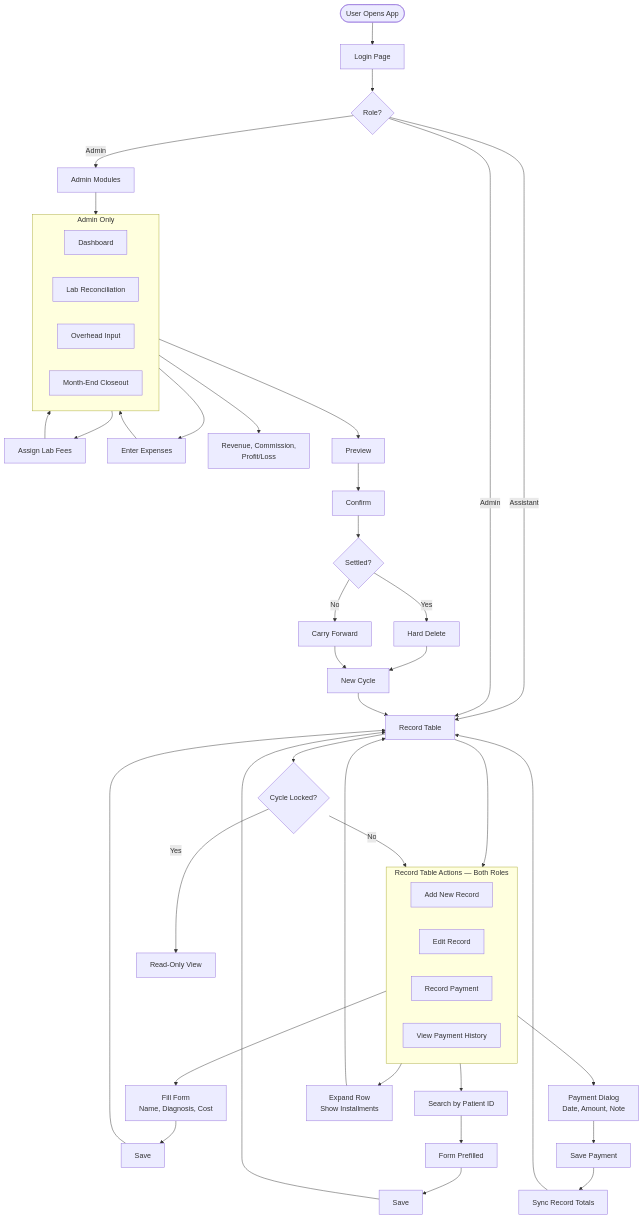
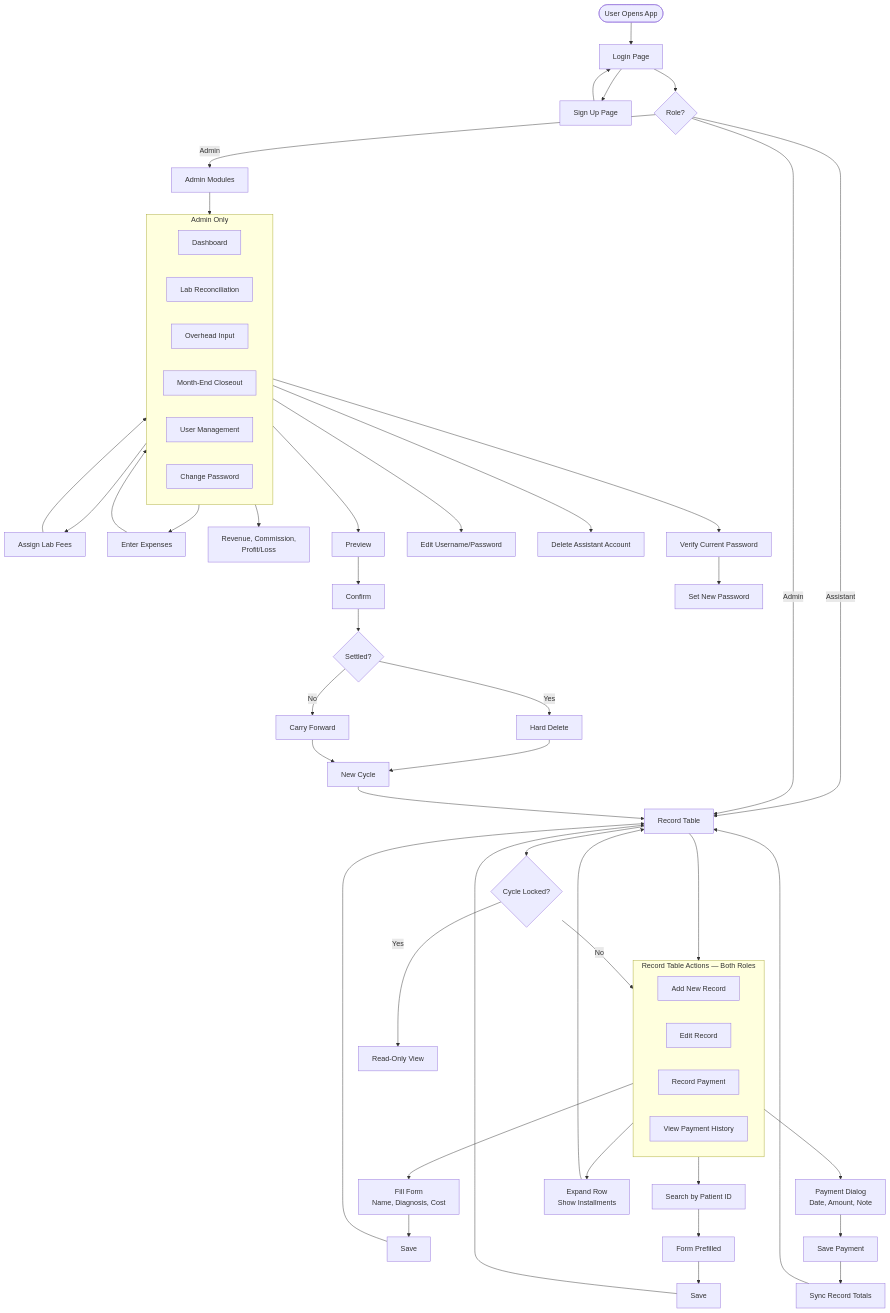
One commit to kaungmyatshwe1397/df-dashboard changed the diagram in docs/dc-fms-user-flow.mermaid. Above: the diagram before and after it, drawn with Mermaid. The commit also changed 25 other files, not shown here.

First line of the commit message:
feat: implement user management features including user edit, delete, and password change dialogs

```diff
--- a/docs/dc-fms-user-flow.mermaid
+++ b/docs/dc-fms-user-flow.mermaid
@@ -1,63 +1,72 @@
 flowchart TD
     Start([User Opens App]) --> Login[Login Page]
+    Login --> Signup[Sign Up Page]
+    Signup --> Login
+
     Login --> Role{Role?}
 
     %% ==============================
     %% SHARED: RECORD TABLE
     %% ==============================
     Role -->|Assistant| Table[Record Table]
     Role -->|Admin| Table
 
     subgraph RecordActions [Record Table Actions — Both Roles]
         direction LR
         Add[Add New Record]
         Edit[Edit Record]
         Pay[Record Payment]
         History[View Payment History]
     end
 
     Table --> RecordActions
 
     Add --> Form[Fill Form\nName, Diagnosis, Cost]
     Form --> Save1[Save] --> Table
 
     Edit --> Lookup[Search by Patient ID]
     Lookup --> Prefill[Form Prefilled] --> Save2[Save] --> Table
 
     Pay --> Dialog[Payment Dialog\nDate, Amount, Note]
     Dialog --> Save3[Save Payment]
     Save3 --> Sync[Sync Record Totals]
     Sync --> Table
 
     History --> Expand[Expand Row\nShow Installments] --> Table
 
     Table --> Lock{Cycle Locked?}
     Lock -->|No| RecordActions
     Lock -->|Yes| ReadOnly[Read-Only View]
 
     %% ==============================
     %% ADMIN ONLY: EXTRA MODULES
     %% ==============================
     Role -->|Admin| AdminModules[Admin Modules]
 
     subgraph AdminOnly [Admin Only]
         direction LR
         Dashboard[Dashboard]
         LabRecon[Lab Reconciliation]
         Overhead[Overhead Input]
         Closeout[Month-End Closeout]
+        UserMgmt[User Management]
+        ChangePw[Change Password]
     end
 
     AdminModules --> AdminOnly
 
     LabRecon --> Fees[Assign Lab Fees] --> Dashboard
     Overhead --> Expenses[Enter Expenses] --> Dashboard
     Dashboard --> KPIs[Revenue, Commission,\nProfit/Loss]
 
     Closeout --> Step1[Preview] --> Step2[Confirm]
     Step2 --> Partition{Settled?}
     Partition -->|Yes| Delete[Hard Delete]
     Partition -->|No| Carry[Carry Forward]
     Delete --> NewCycle[New Cycle]
     Carry --> NewCycle
     NewCycle --> Table
+
+    UserMgmt --> EditUser[Edit Username/Password]
+    UserMgmt --> DeleteAssistant[Delete Assistant Account]
+    ChangePw --> VerifyCurrent[Verify Current Password] --> SetNew[Set New Password]
```
